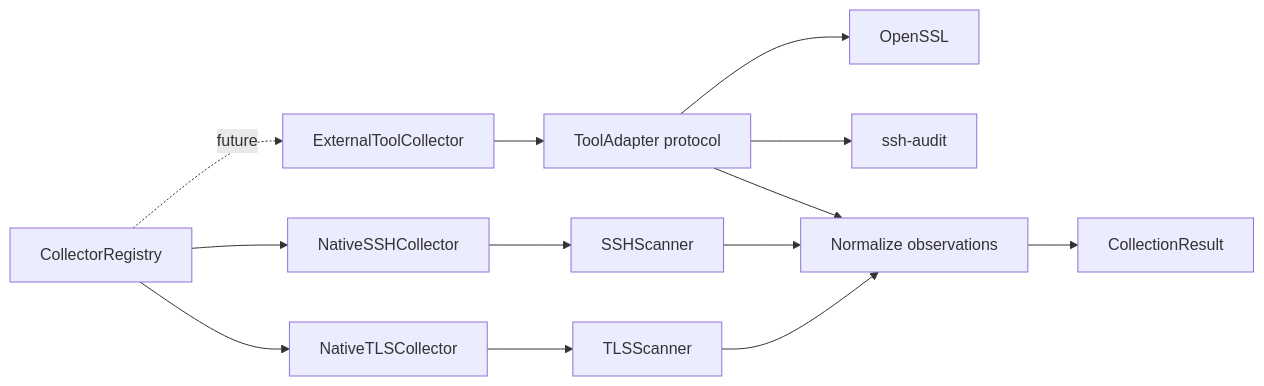
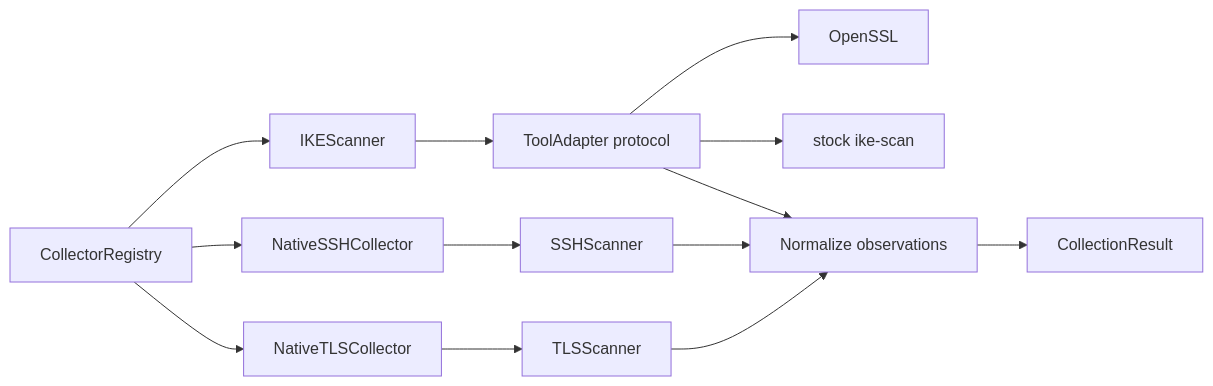
One commit to BreachSAFE/qureddy changed the eighth of 11 diagrams in docs/explanation/architecture.md. Above: the diagram before and after it, drawn with Mermaid. The commit also changed other lines of this file and 70 other files, not shown here.

````diff
--- a/docs/explanation/architecture.md
+++ b/docs/explanation/architecture.md
@@ -352,17 +407,17 @@
 ```mermaid
 flowchart LR
     registry["CollectorRegistry"] --> native["NativeTLSCollector"]
     registry --> ssh["NativeSSHCollector"]
-    registry -. future .-> adapter["ExternalToolCollector"]
+    registry --> adapter["IKEScanner"]
 
     native --> tls["TLSScanner"]
     ssh --> sshscan["SSHScanner"]
     adapter --> port["ToolAdapter protocol"]
     port --> openssl["OpenSSL"]
-    port --> sshaudit["ssh-audit"]
+    port --> ikescan["stock ike-scan"]
 
     tls --> normalize["Normalize observations"]
     sshscan --> normalize
     port --> normalize
     normalize --> contract["CollectionResult"]
 ```
````
